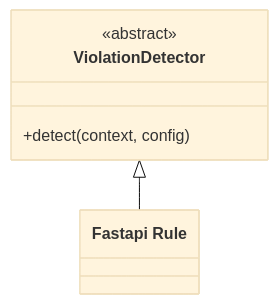
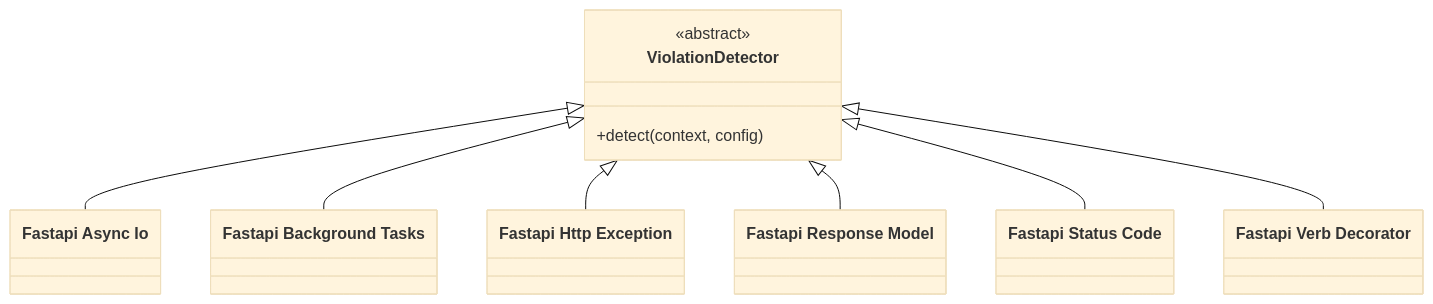
The second of 4 diagrams in docs/user-guide/frameworks/fastapi.md (Anselmoo/mcp-zen-of-languages), drawn with Mermaid before and after one commit. The commit also changed other lines of this file and 41 other files, not shown here.

````diff
--- a/docs/user-guide/frameworks/fastapi.md
+++ b/docs/user-guide/frameworks/fastapi.md
@@ -151,11 +181,21 @@
     ```mermaid
     %%{init: {"theme": "base"}}%%
     classDiagram
         direction TB
         class ViolationDetector {
             <<abstract>>
             +detect(context, config)
         }
-        class det_01["Fastapi Rule"]
+        class det_01["Fastapi Async Io"]
         ViolationDetector <|-- det_01
+        class det_02["Fastapi Background Tasks"]
+        ViolationDetector <|-- det_02
+        class det_03["Fastapi Http Exception"]
+        ViolationDetector <|-- det_03
+        class det_04["Fastapi Response Model"]
+        ViolationDetector <|-- det_04
+        class det_05["Fastapi Status Code"]
+        ViolationDetector <|-- det_05
+        class det_06["Fastapi Verb Decorator"]
+        ViolationDetector <|-- det_06
     ```
````
